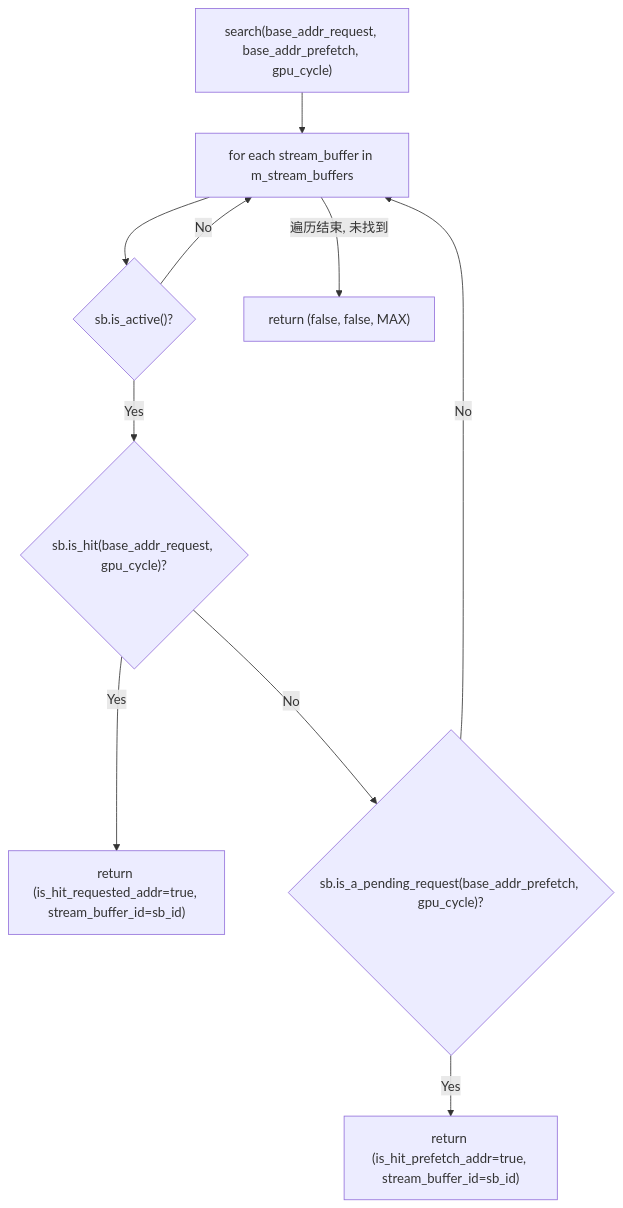
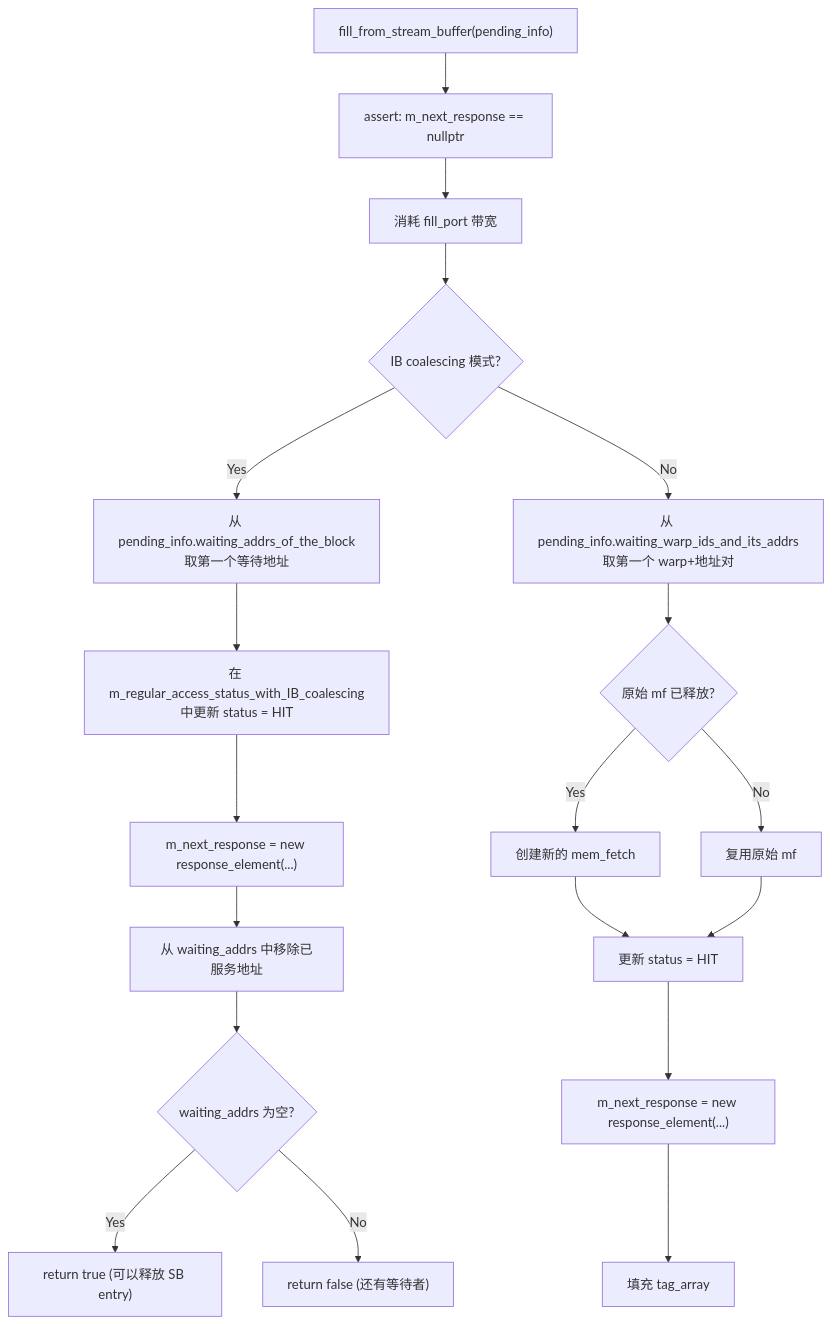
The tenth of 11 diagrams in docs/detailed-design/05-指令供给子系统设计.md (dzwduan/modern-gpu-simulator-micro-2025), drawn with Mermaid before and after one commit. The commit also changed other lines of this file and 2 other files, not shown here.

````diff
--- a/docs/detailed-design/05-指令供给子系统设计.md
+++ b/docs/detailed-design/05-指令供给子系统设计.md
@@ -588,12 +549,23 @@
 ```mermaid
 flowchart TD
-    A["search(base_addr_request, base_addr_prefetch, gpu_cycle)"] --> B["for each stream_buffer in m_stream_buffers"]
-    B --> C{"sb.is_active()?"}
-    C -->|Yes| D{"sb.is_hit(base_addr_request, gpu_cycle)?"}
-    D -->|Yes| E["return (is_hit_requested_addr=true, stream_buffer_id=sb_id)"]
-    D -->|No| F{"sb.is_a_pending_request(base_addr_prefetch, gpu_cycle)?"}
-    F -->|Yes| G["return (is_hit_prefetch_addr=true, stream_buffer_id=sb_id)"]
-    F -->|No| B
-    C -->|No| B
-    B -->|"遍历结束, 未找到"| H["return (false, false, MAX)"]
+    A["fill_from_stream_buffer#40;pending_info#41;"] --> A1["assert: m_next_response == nullptr"]
+    A1 --> B["消耗 fill_port 带宽"]
+    B --> C{"IB coalescing 模式?"}
+
+    C -->|Yes| D["从 pending_info.waiting_addrs_of_the_block<br/>取第一个等待地址"]
+    D --> E["在 m_regular_access_status_with_IB_coalescing<br/>中更新 status = HIT"]
+    E --> F["m_next_response = new response_element#40;...#41;"]
+    F --> G["从 waiting_addrs 中移除已服务地址"]
+    G --> H{"waiting_addrs 为空?"}
+    H -->|Yes| I["return true #40;可以释放 SB entry#41;"]
+    H -->|No| J["return false #40;还有等待者#41;"]
+
+    C -->|No| K["从 pending_info.waiting_warp_ids_and_its_addrs<br/>取第一个 warp+地址对"]
+    K --> L{"原始 mf 已释放?"}
+    L -->|Yes| M["创建新的 mem_fetch"]
+    L -->|No| N["复用原始 mf"]
+    M --> O["更新 status = HIT"]
+    N --> O
+    O --> P["m_next_response = new response_element#40;...#41;"]
+    P --> Q["填充 tag_array"]
 ```
````
